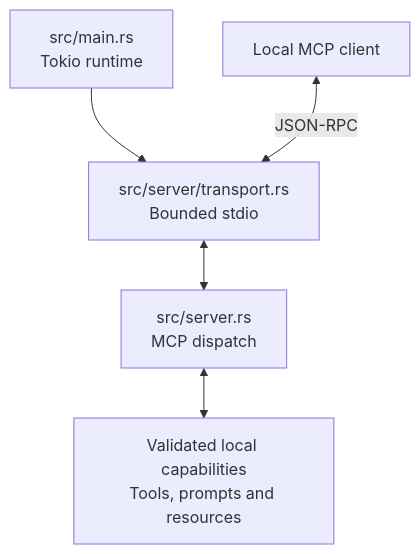
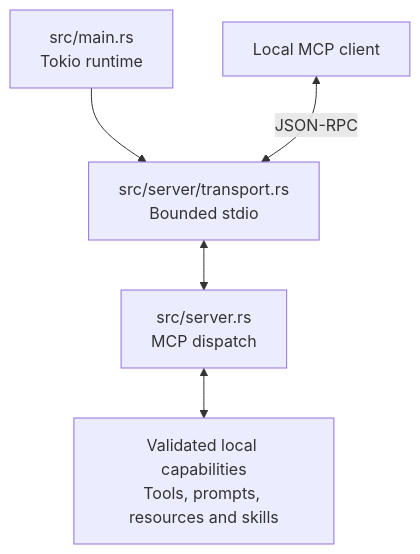
The second of 3 diagrams in docs/architecture.md (nathcymru/Diffyn), drawn with Mermaid before and after one commit. The commit also changed other lines of this file and 83 other files, not shown here.

````diff
--- a/docs/architecture.md
+++ b/docs/architecture.md
@@ -33,13 +33,13 @@
 ```mermaid
 flowchart TD
     Main["src/main.rs<br/>Tokio runtime"]
     Client["Local MCP client"]
     Transport["src/server/transport.rs<br/>Bounded stdio"]
     Server["src/server.rs<br/>MCP dispatch"]
-    Capabilities["Validated local capabilities<br/>Tools, prompts and resources"]
+    Capabilities["Validated local capabilities<br/>Tools, prompts, resources and skills"]
 
     Main --> Transport
     Client <-->|"JSON-RPC"| Transport
     Transport <--> Server
     Server <--> Capabilities
 ```
````
